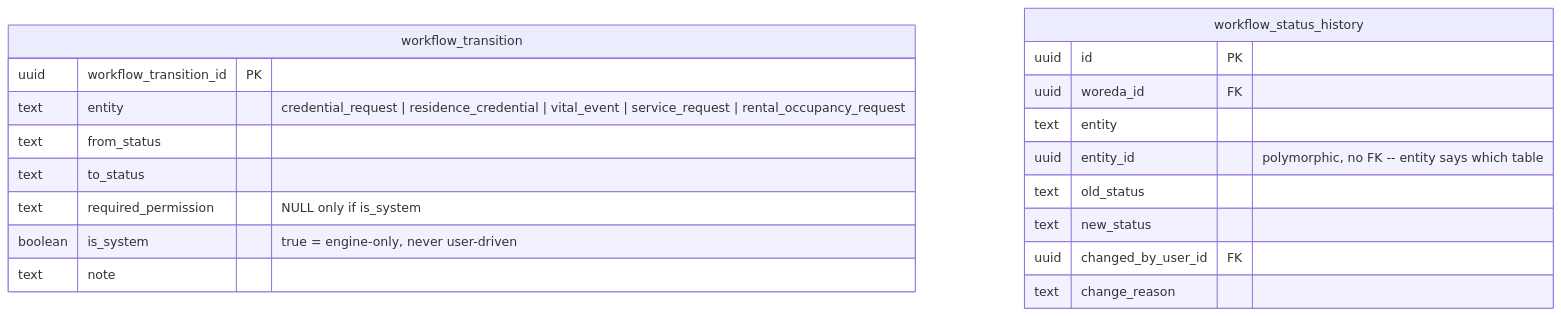
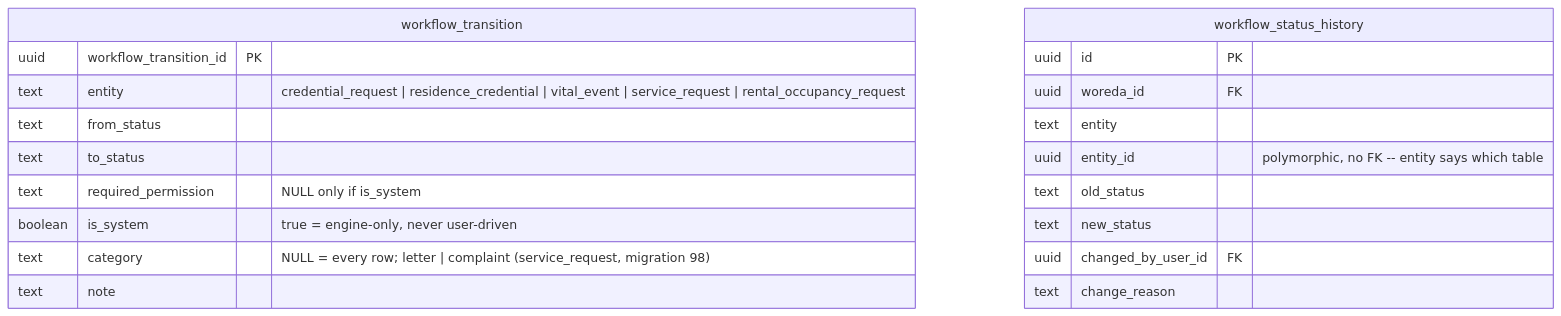
Before and after one commit to eskabdi/woredas-portal: the third of 9 diagrams in docs/erd.md, drawn with Mermaid. The commit also changed 5 other files, not shown here.

````diff
--- a/docs/erd.md
+++ b/docs/erd.md
@@ -194,22 +194,23 @@
 ```mermaid
 erDiagram
     workflow_transition {
         uuid workflow_transition_id PK
         text entity "credential_request | residence_credential | vital_event | service_request | rental_occupancy_request"
         text from_status
         text to_status
         text required_permission "NULL only if is_system"
         boolean is_system "true = engine-only, never user-driven"
+        text category "NULL = every row; letter | complaint (service_request, migration 98)"
         text note
     }
     workflow_status_history {
         uuid id PK
         uuid woreda_id FK
         text entity
         uuid entity_id "polymorphic, no FK -- entity says which table"
         text old_status
         text new_status
         uuid changed_by_user_id FK
         text change_reason
     }
 ```
````
